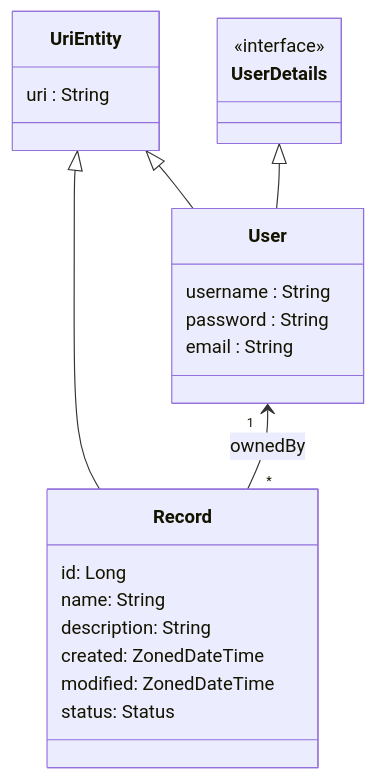
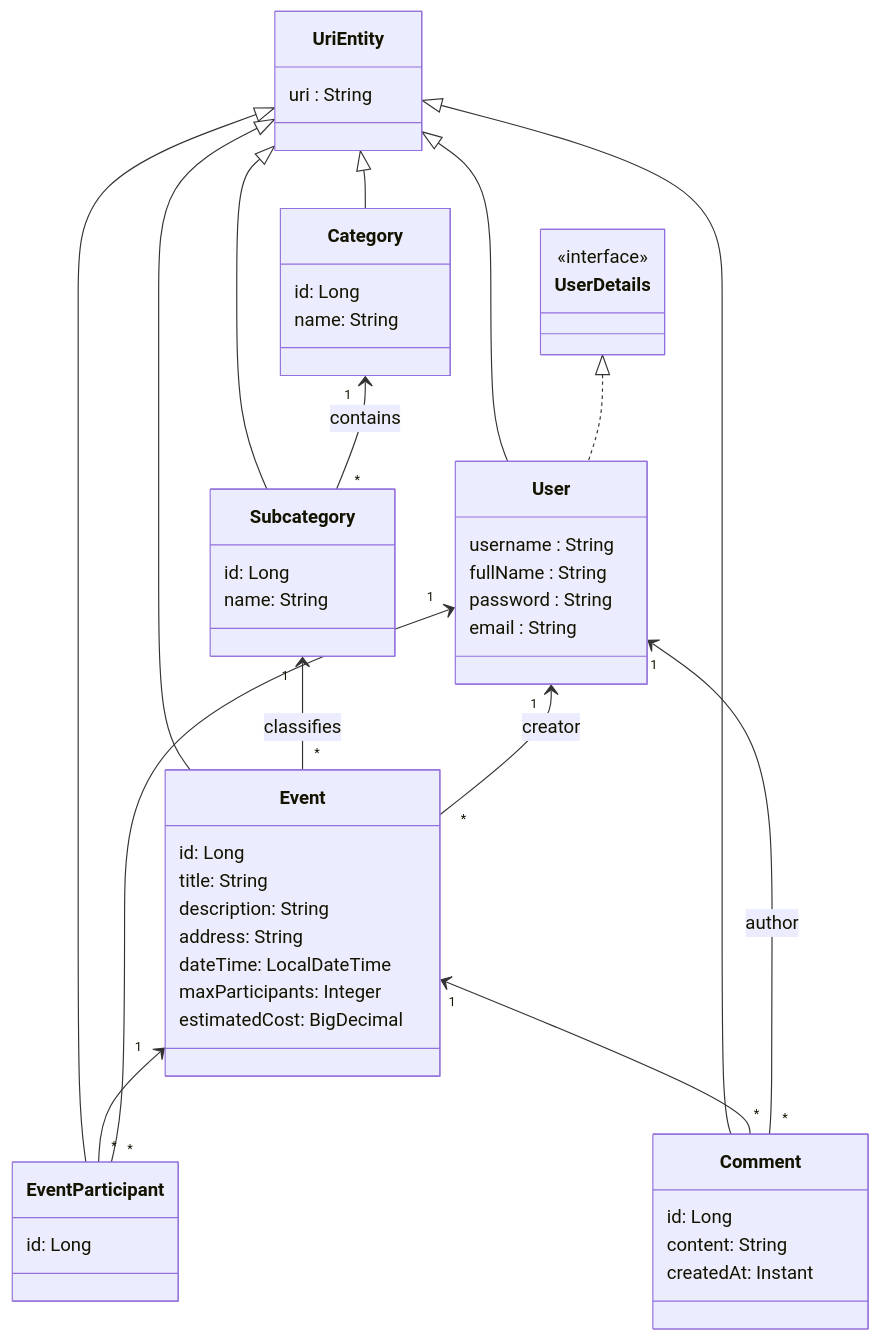
One commit to UdL-EPS-SoftArch/spring-template changed the diagram in README.md. Above: the diagram before and after it, drawn with Mermaid. The commit also changed other lines of this file and 19 other files, not shown here.

````diff
--- a/README.md
+++ b/README.md
@@ -31,29 +33,61 @@
 ```mermaid
 classDiagram
     class UriEntity {
         uri : String
     }
 
     class UserDetails
     <<interface>> UserDetails
 
     class User  {
         username : String
+        fullName : String
         password : String
         email : String
     }
 
-    class Record {
+    class Category {
         id: Long
         name: String
+    }
+
+    class Subcategory {
+        id: Long
+        name: String
+    }
+
+    class Event {
+        id: Long
+        title: String
         description: String
-        created: ZonedDateTime
-        modified: ZonedDateTime
-        status: Status
+        address: String
+        dateTime: LocalDateTime
+        maxParticipants: Integer
+        estimatedCost: BigDecimal
+    }
+
+    class EventParticipant {
+        id: Long
+    }
+
+    class Comment {
+        id: Long
+        content: String
+        createdAt: Instant
     }
 
     UriEntity <|-- User
-    UserDetails <|-- User
-    UriEntity <|-- Record
-    User "1" <-- "*" Record: ownedBy
+    UserDetails <|.. User
+    UriEntity <|-- Category
+    UriEntity <|-- Subcategory
+    UriEntity <|-- Event
+    UriEntity <|-- EventParticipant
+    UriEntity <|-- Comment
+    Category "1" <-- "*" Subcategory : contains
+    Subcategory "1" <-- "*" Event : classifies
+    User "1" <-- "*" Event : creator
+    Event "1" <-- "*" EventParticipant
+    User "1" <-- "*" EventParticipant
+    Event "1" <-- "*" Comment
+    User "1" <-- "*" Comment : author
 ```
````
